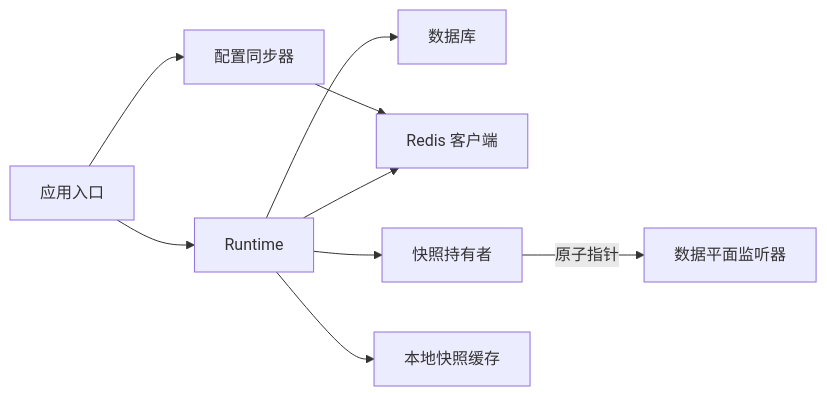
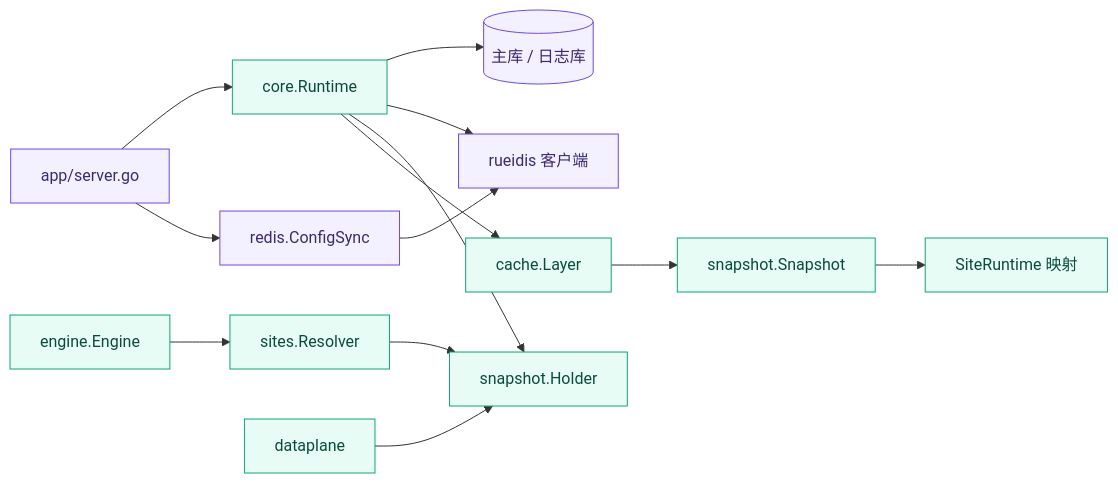
One commit to x01n/My-OpenWaf changed the seventh of 7 diagrams in docs/WAF 引擎系统/引擎核心架构/快照系统.md. Above: the diagram before and after it, drawn with Mermaid. The commit also changed other lines of this file and 622 other files, not shown here.

````diff
--- a/docs/WAF 引擎系统/引擎核心架构/快照系统.md
+++ b/docs/WAF 引擎系统/引擎核心架构/快照系统.md
@@ -347,11 +525,19 @@
 ```mermaid
 graph LR
-RT["Runtime"] --> DB["数据库"]
-RT --> RCL["Redis 客户端"]
-RT --> SNAP["快照持有者"]
-RT --> CACHE["本地快照缓存"]
-APP["应用入口"] --> RT
-APP --> CS["配置同步器"]
+RT["core.Runtime"] --> DB[("主库 / 日志库")]
+RT --> RCL["rueidis 客户端"]
+RT --> HD["snapshot.Holder"]
+RT --> LC["cache.Layer"]
+LC --> SH["snapshot.Snapshot"]
+SH --> SR["SiteRuntime 映射"]
+APP["app/server.go"] --> RT
+APP --> CS["redis.ConfigSync"]
 CS --> RCL
-SNAP --> |"原子指针"| DATA["数据平面监听器"]
+RES["sites.Resolver"] --> HD
+ENG["engine.Engine"] --> RES
+DP["dataplane"] --> HD
+classDef rt fill:#e6fcf5,stroke:#0ca678,color:#084d3b
+classDef ext fill:#f3f0ff,stroke:#7048e8,color:#3b2a72
+class RT,HD,LC,SH,SR,RES,ENG,DP rt
+class DB,RCL,CS,APP ext
 ```
````
